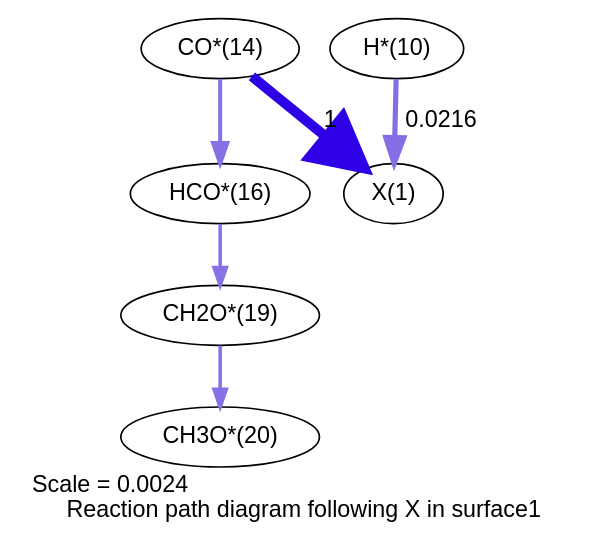
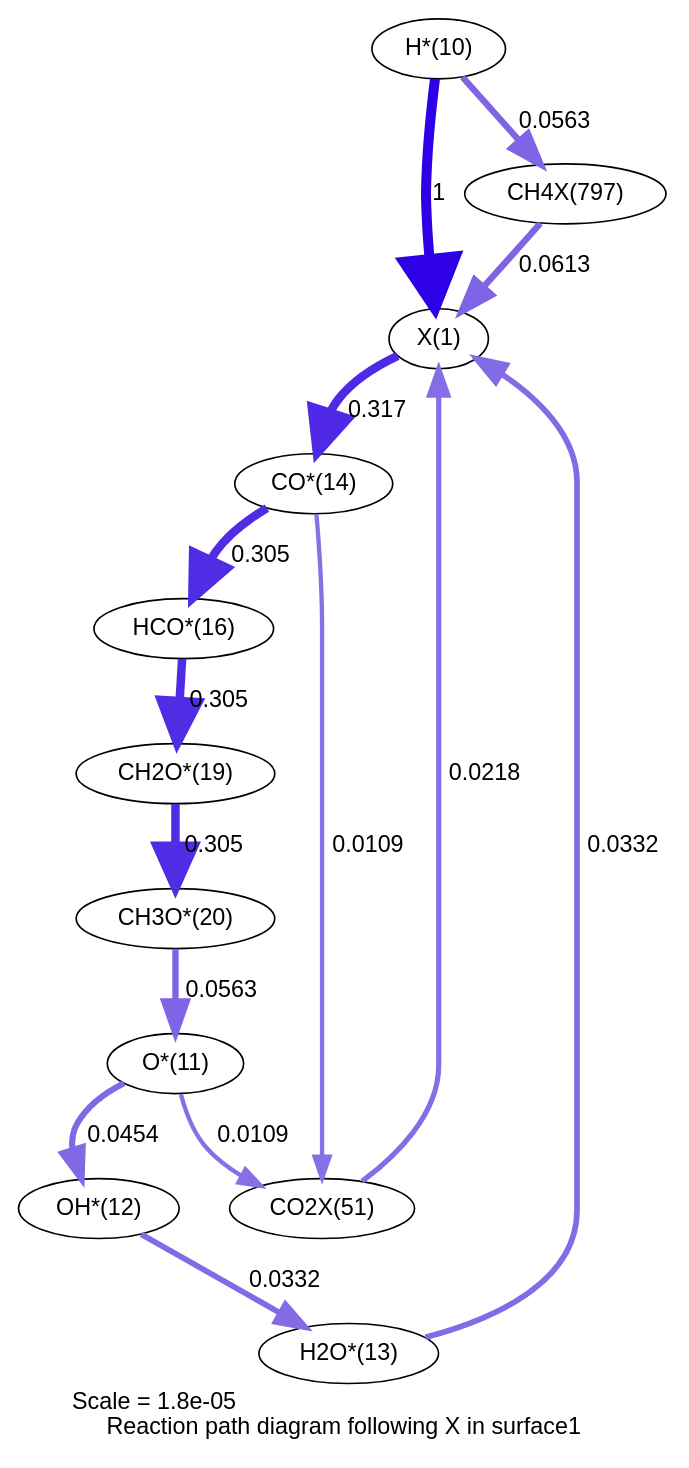
One commit to comocheng/meOH-analysis changed the diagram in cantera_simulations/RMG_wDeut/reaction_path_X_surface1.dot. Above: the diagram before and after it, drawn with Graphviz. The commit also changed 257 other files, not shown here.

```diff
--- a/cantera_simulations/RMG_wDeut/reaction_path_X_surface1.dot
+++ b/cantera_simulations/RMG_wDeut/reaction_path_X_surface1.dot
@@ -1,21 +1,44 @@
 digraph reaction_paths {
 center=1;
-s33 -> s28[fontname="Helvetica", penwidth=6, arrowsize=3, color="0.7, 1.5, 0.9"
+s21 -> s26[fontname="Helvetica", penwidth=5.13, arrowsize=2.57, color="0.7, 0.817, 0.9"
+, label=" 0.317"];
+s22 -> s21[fontname="Helvetica", penwidth=6, arrowsize=3, color="0.7, 1.5, 0.9"
 , label=" 1"];
-s29 -> s28[fontname="Helvetica", penwidth=3.11, arrowsize=1.55, color="0.7, 0.522, 0.9"
-, label=" 0.0216"];
-s33 -> s35[fontname="Helvetica", penwidth=2.43, arrowsize=1.22, color="0.7, 0.509, 0.9"
-];
-s35 -> s38[fontname="Helvetica", penwidth=2.12, arrowsize=1.06, color="0.7, 0.506, 0.9"
-];
-s38 -> s39[fontname="Helvetica", penwidth=2.13, arrowsize=1.06, color="0.7, 0.506, 0.9"
-];
-s28 [ fontname="Helvetica", label="X(1)"];
-s29 [ fontname="Helvetica", label="H*(10)"];
-s33 [ fontname="Helvetica", label="CO*(14)"];
-s35 [ fontname="Helvetica", label="HCO*(16)"];
-s38 [ fontname="Helvetica", label="CH2O*(19)"];
-s39 [ fontname="Helvetica", label="CH3O*(20)"];
- label = "Scale = 0.0024\l Reaction path diagram following X in surface1";
+s25 -> s21[fontname="Helvetica", penwidth=3.43, arrowsize=1.72, color="0.7, 0.533, 0.9"
+, label=" 0.0332"];
+s38 -> s21[fontname="Helvetica", penwidth=3.11, arrowsize=1.56, color="0.7, 0.522, 0.9"
+, label=" 0.0218"];
+s58 -> s21[fontname="Helvetica", penwidth=3.89, arrowsize=1.95, color="0.7, 0.561, 0.9"
+, label=" 0.0613"];
+s26 -> s28[fontname="Helvetica", penwidth=5.1, arrowsize=2.55, color="0.7, 0.805, 0.9"
+, label=" 0.305"];
+s26 -> s38[fontname="Helvetica", penwidth=2.59, arrowsize=1.29, color="0.7, 0.511, 0.9"
+, label=" 0.0109"];
+s24 -> s25[fontname="Helvetica", penwidth=3.43, arrowsize=1.71, color="0.7, 0.533, 0.9"
+, label=" 0.0332"];
+s23 -> s24[fontname="Helvetica", penwidth=3.67, arrowsize=1.83, color="0.7, 0.545, 0.9"
+, label=" 0.0454"];
+s22 -> s58[fontname="Helvetica", penwidth=3.83, arrowsize=1.91, color="0.7, 0.556, 0.9"
+, label=" 0.0563"];
+s28 -> s31[fontname="Helvetica", penwidth=5.1, arrowsize=2.55, color="0.7, 0.805, 0.9"
+, label=" 0.305"];
+s31 -> s32[fontname="Helvetica", penwidth=5.1, arrowsize=2.55, color="0.7, 0.805, 0.9"
+, label=" 0.305"];
+s32 -> s23[fontname="Helvetica", penwidth=3.83, arrowsize=1.91, color="0.7, 0.556, 0.9"
+, label=" 0.0563"];
+s23 -> s38[fontname="Helvetica", penwidth=2.59, arrowsize=1.29, color="0.7, 0.511, 0.9"
+, label=" 0.0109"];
+s21 [ fontname="Helvetica", label="X(1)"];
+s22 [ fontname="Helvetica", label="H*(10)"];
+s23 [ fontname="Helvetica", label="O*(11)"];
+s24 [ fontname="Helvetica", label="OH*(12)"];
+s25 [ fontname="Helvetica", label="H2O*(13)"];
+s26 [ fontname="Helvetica", label="CO*(14)"];
+s28 [ fontname="Helvetica", label="HCO*(16)"];
+s31 [ fontname="Helvetica", label="CH2O*(19)"];
+s32 [ fontname="Helvetica", label="CH3O*(20)"];
+s38 [ fontname="Helvetica", label="CO2X(51)"];
+s58 [ fontname="Helvetica", label="CH4X(797)"];
+ label = "Scale = 1.8e-05\l Reaction path diagram following X in surface1";
  fontname = "Helvetica";
 }
```
